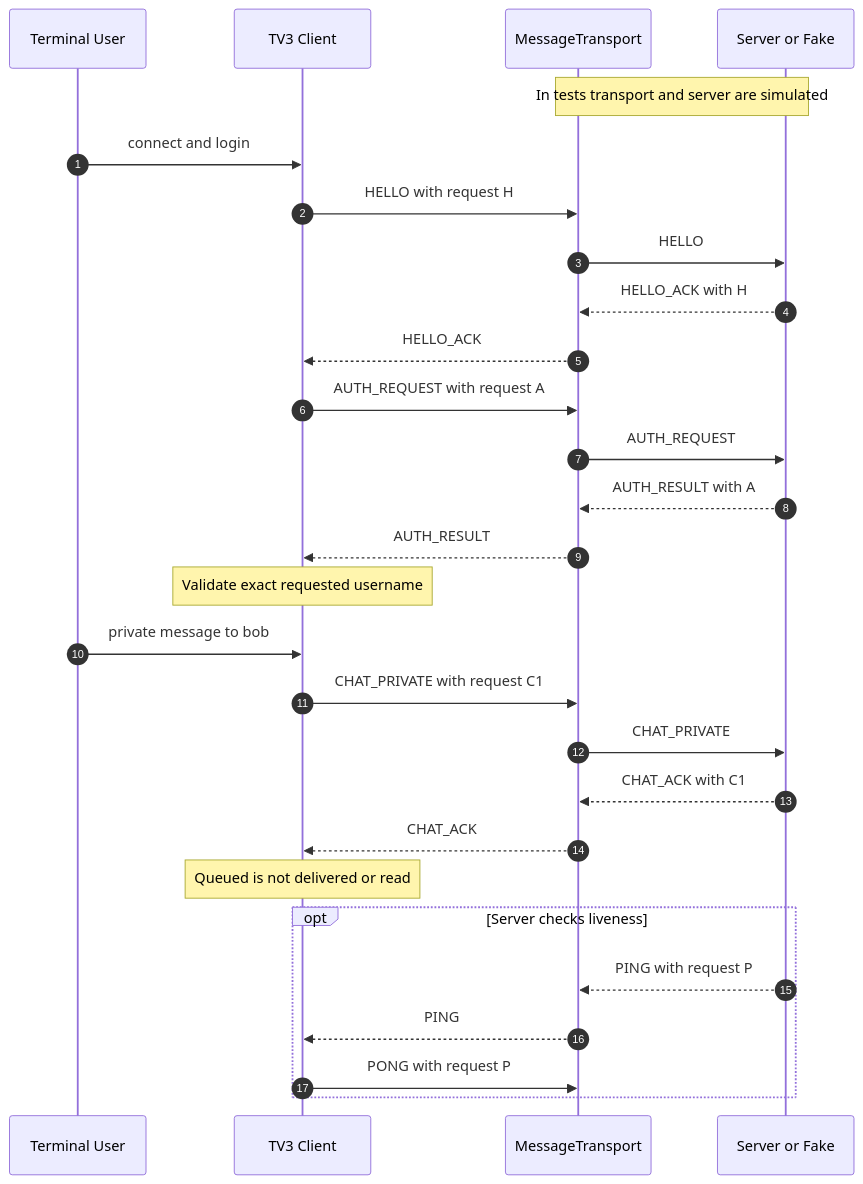
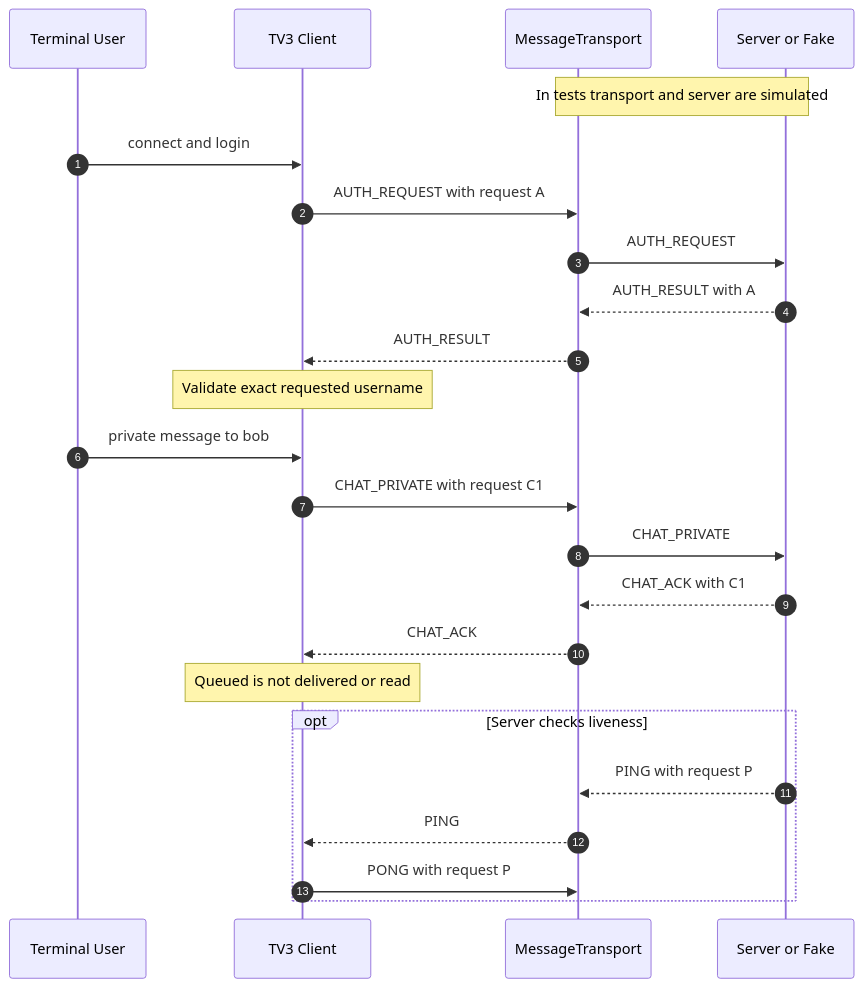
The diagram in docs/diagrams/client-issue7-requests.md (1K-Keem/lan-collab), drawn with Mermaid before and after one commit. The commit also changed other lines of this file and 32 other files, not shown here.

````diff
--- a/docs/diagrams/client-issue7-requests.md
+++ b/docs/diagrams/client-issue7-requests.md
@@ -3,30 +3,26 @@
 ```mermaid
 sequenceDiagram
     autonumber
     participant U as Terminal User
     participant C as TV3 Client
     participant T as MessageTransport
     participant S as Server or Fake
     Note over T,S: In tests transport and server are simulated
     U->>C: connect and login
-    C->>T: HELLO with request H
-    T->>S: HELLO
-    S-->>T: HELLO_ACK with H
-    T-->>C: HELLO_ACK
     C->>T: AUTH_REQUEST with request A
     T->>S: AUTH_REQUEST
     S-->>T: AUTH_RESULT with A
     T-->>C: AUTH_RESULT
     Note over C: Validate exact requested username
     U->>C: private message to bob
     C->>T: CHAT_PRIVATE with request C1
     T->>S: CHAT_PRIVATE
     S-->>T: CHAT_ACK with C1
     T-->>C: CHAT_ACK
     Note over C: Queued is not delivered or read
     opt Server checks liveness
         S-->>T: PING with request P
         T-->>C: PING
         C->>T: PONG with request P
     end
 ```
````
